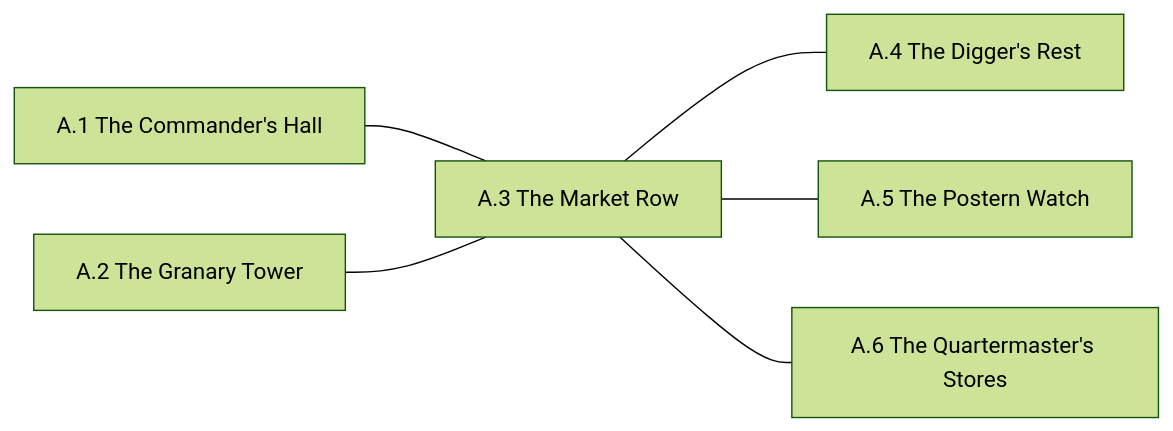
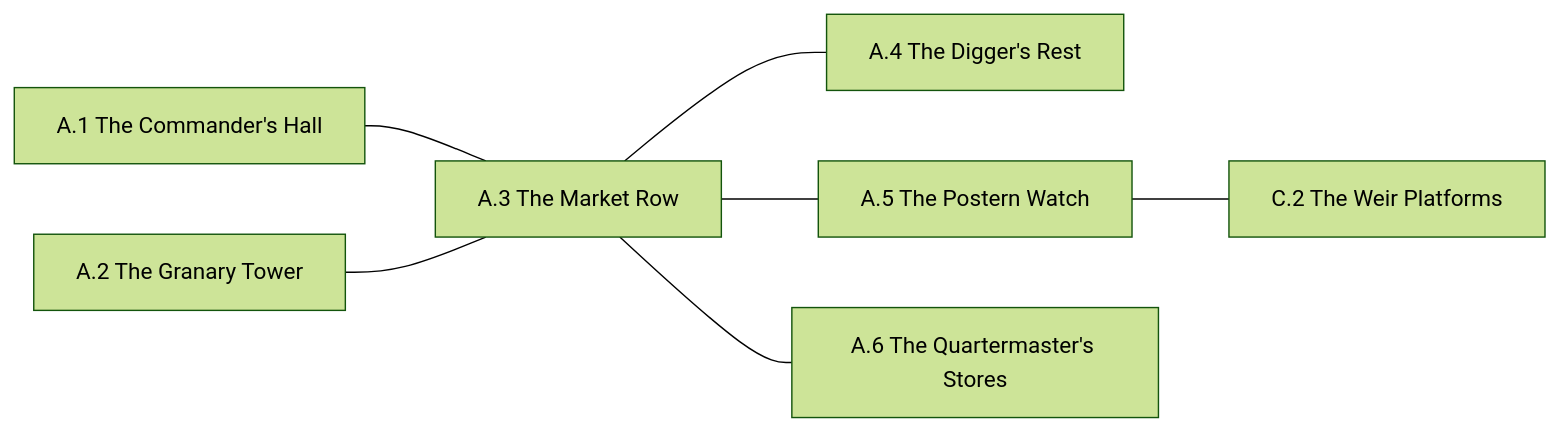
The diagram in setting/region/A/Connections.mmd (rstevenson1237/setting_builder), drawn with Mermaid (forest theme) before and after one commit. The commit also changed other lines of this file and 9 other files, not shown here.

````diff
--- a/setting/region/A/Connections.mmd
+++ b/setting/region/A/Connections.mmd
@@ -1,8 +1,9 @@
 ```mermaid
 graph LR
     A1["A.1 The Commander's Hall"] --- A3["A.3 The Market Row"]
     A2["A.2 The Granary Tower"] --- A3
     A3 --- A4["A.4 The Digger's Rest"]
     A3 --- A5["A.5 The Postern Watch"]
     A3 --- A6["A.6 The Quartermaster's Stores"]
+    A5["A.5 The Postern Watch"] --- C2["C.2 The Weir Platforms"]
 ```
````
